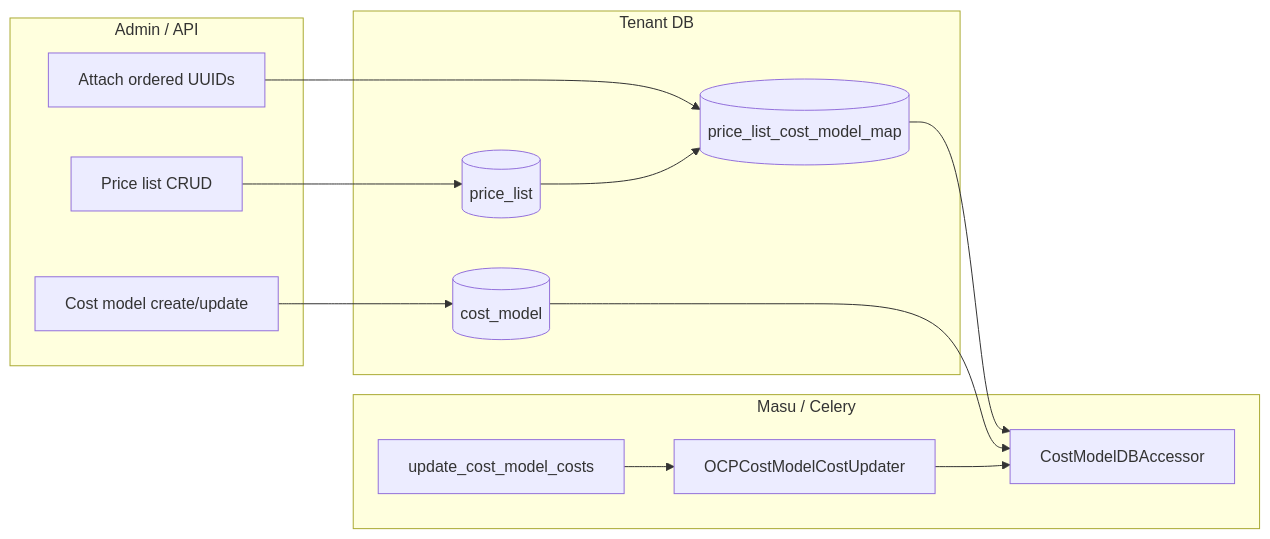
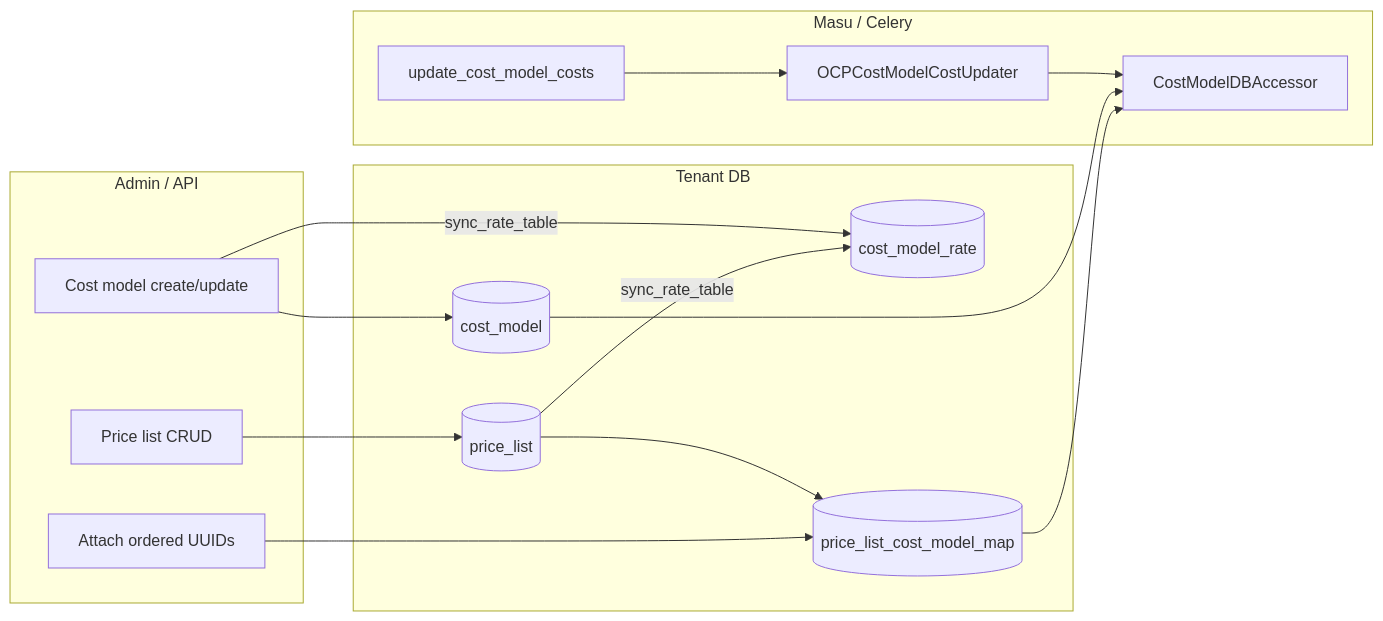
The diagram in docs/architecture/price-lists/README.md (project-koku/koku), drawn with Mermaid before and after one commit. The commit also changed other lines of this file and 2 other files, not shown here.

First line of the commit message:
docs(price-lists): add Rate table, rate_sync, Unleash flag, and enrichment docs

````diff
--- a/docs/architecture/price-lists/README.md
+++ b/docs/architecture/price-lists/README.md
@@ -77,26 +107,29 @@
 ```mermaid
 flowchart LR
   subgraph admin["Admin / API"]
     PL[Price list CRUD]
     CM[Cost model create/update]
     MAP[Attach ordered UUIDs]
   end
   subgraph data["Tenant DB"]
     TPL[(price_list)]
+    RATE[(cost_model_rate)]
     MAPT[(price_list_cost_model_map)]
     CMROW[(cost_model)]
   end
   subgraph pipeline["Masu / Celery"]
     TASK[update_cost_model_costs]
     UPD[OCPCostModelCostUpdater]
     ACC[CostModelDBAccessor]
   end
   PL --> TPL
+  TPL -- sync_rate_table --> RATE
   CM --> CMROW
+  CM -- sync_rate_table --> RATE
   MAP --> MAPT
   TPL --> MAPT
   MAPT --> ACC
   CMROW --> ACC
   TASK --> UPD
   UPD --> ACC
 ```
````
